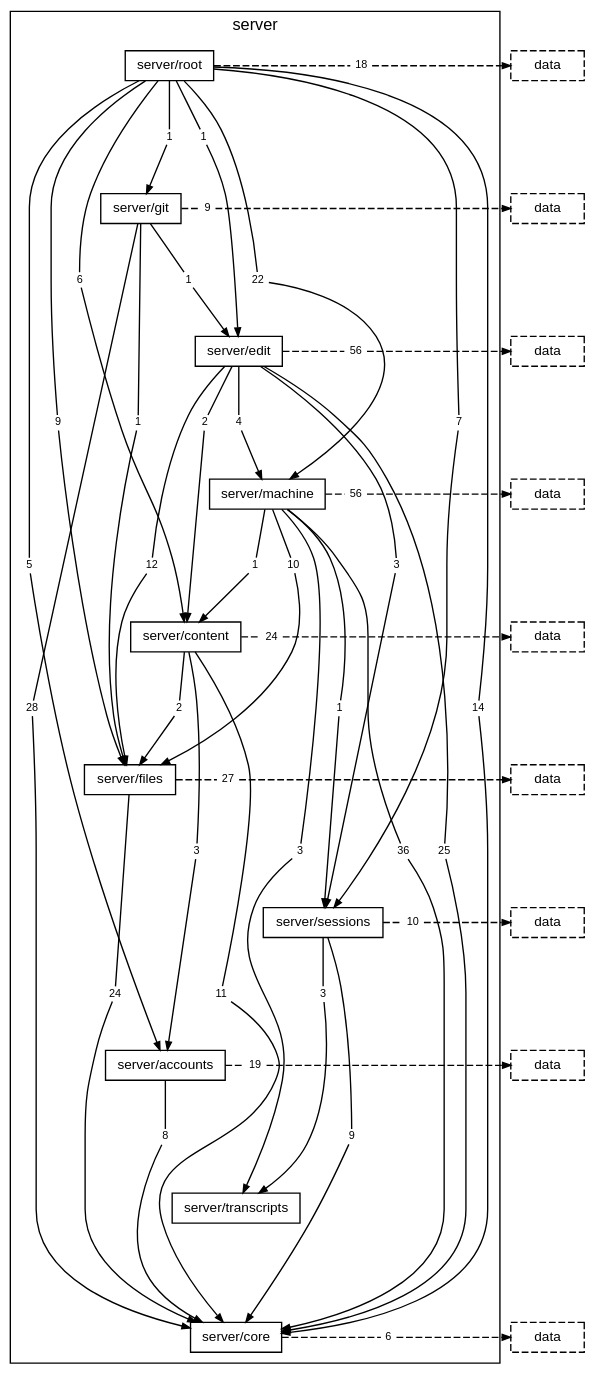
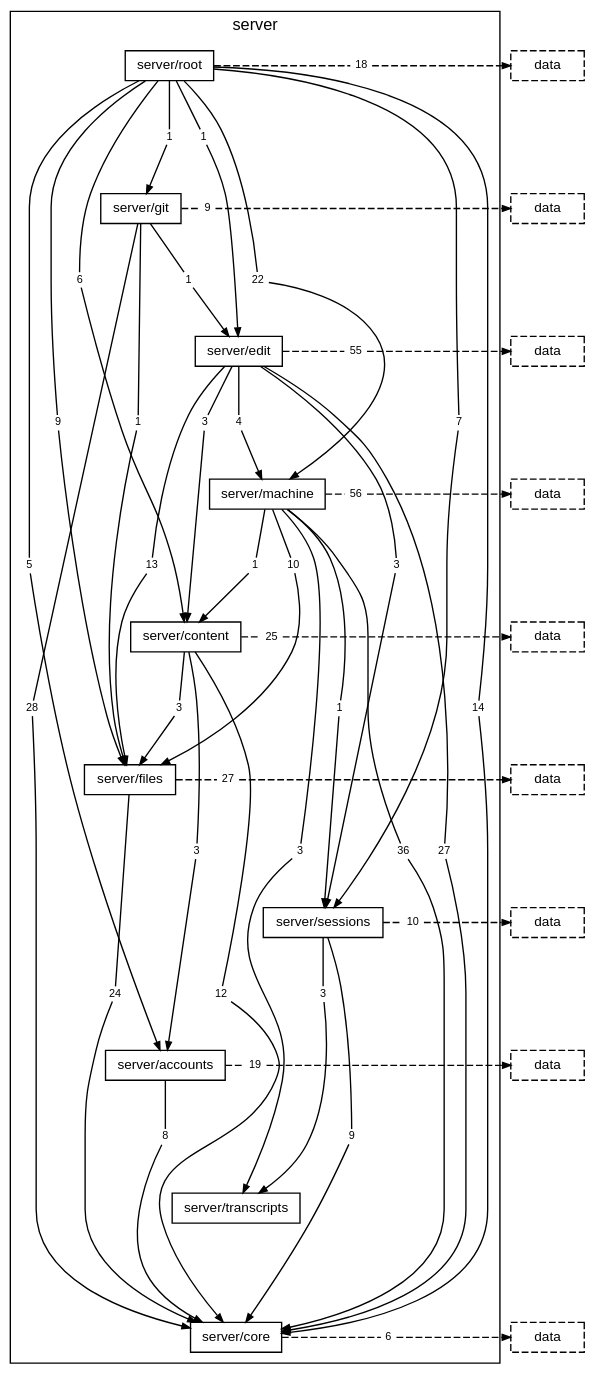
Before and after one commit to TheAxeC/oculus: the diagram in docs/diagrams/layer-server.dot, drawn with Graphviz. The commit also changed 149 other files, not shown here.

```diff
--- a/docs/diagrams/layer-server.dot
+++ b/docs/diagrams/layer-server.dot
@@ -27,12 +27,12 @@
         "folder server/git to folder server/edit" [label="1", shape=box, color="transparent", fontsize=8, width=0, height=0, margin="0.04,0.02"];
         "folder server/git to folder server/files" [label="1", shape=box, color="transparent", fontsize=8, width=0, height=0, margin="0.04,0.02"];
         "folder server/git to layer data" [label="9", shape=box, color="transparent", fontsize=8, width=0, height=0, margin="0.04,0.02"];
-        "folder server/edit to folder server/content" [label="2", shape=box, color="transparent", fontsize=8, width=0, height=0, margin="0.04,0.02"];
-        "folder server/edit to folder server/core" [label="25", shape=box, color="transparent", fontsize=8, width=0, height=0, margin="0.04,0.02"];
-        "folder server/edit to folder server/files" [label="12", shape=box, color="transparent", fontsize=8, width=0, height=0, margin="0.04,0.02"];
+        "folder server/edit to folder server/content" [label="3", shape=box, color="transparent", fontsize=8, width=0, height=0, margin="0.04,0.02"];
+        "folder server/edit to folder server/core" [label="27", shape=box, color="transparent", fontsize=8, width=0, height=0, margin="0.04,0.02"];
+        "folder server/edit to folder server/files" [label="13", shape=box, color="transparent", fontsize=8, width=0, height=0, margin="0.04,0.02"];
         "folder server/edit to folder server/machine" [label="4", shape=box, color="transparent", fontsize=8, width=0, height=0, margin="0.04,0.02"];
         "folder server/edit to folder server/sessions" [label="3", shape=box, color="transparent", fontsize=8, width=0, height=0, margin="0.04,0.02"];
-        "folder server/edit to layer data" [label="56", shape=box, color="transparent", fontsize=8, width=0, height=0, margin="0.04,0.02"];
+        "folder server/edit to layer data" [label="55", shape=box, color="transparent", fontsize=8, width=0, height=0, margin="0.04,0.02"];
         "folder server/machine to folder server/content" [label="1", shape=box, color="transparent", fontsize=8, width=0, height=0, margin="0.04,0.02"];
         "folder server/machine to folder server/core" [label="36", shape=box, color="transparent", fontsize=8, width=0, height=0, margin="0.04,0.02"];
         "folder server/machine to folder server/files" [label="10", shape=box, color="transparent", fontsize=8, width=0, height=0, margin="0.04,0.02"];
@@ -40,9 +40,9 @@
         "folder server/machine to folder server/transcripts" [label="3", shape=box, color="transparent", fontsize=8, width=0, height=0, margin="0.04,0.02"];
         "folder server/machine to layer data" [label="56", shape=box, color="transparent", fontsize=8, width=0, height=0, margin="0.04,0.02"];
         "folder server/content to folder server/accounts" [label="3", shape=box, color="transparent", fontsize=8, width=0, height=0, margin="0.04,0.02"];
-        "folder server/content to folder server/core" [label="11", shape=box, color="transparent", fontsize=8, width=0, height=0, margin="0.04,0.02"];
-        "folder server/content to folder server/files" [label="2", shape=box, color="transparent", fontsize=8, width=0, height=0, margin="0.04,0.02"];
-        "folder server/content to layer data" [label="24", shape=box, color="transparent", fontsize=8, width=0, height=0, margin="0.04,0.02"];
+        "folder server/content to folder server/core" [label="12", shape=box, color="transparent", fontsize=8, width=0, height=0, margin="0.04,0.02"];
+        "folder server/content to folder server/files" [label="3", shape=box, color="transparent", fontsize=8, width=0, height=0, margin="0.04,0.02"];
+        "folder server/content to layer data" [label="25", shape=box, color="transparent", fontsize=8, width=0, height=0, margin="0.04,0.02"];
         "folder server/files to folder server/core" [label="24", shape=box, color="transparent", fontsize=8, width=0, height=0, margin="0.04,0.02"];
         "folder server/files to layer data" [label="27", shape=box, color="transparent", fontsize=8, width=0, height=0, margin="0.04,0.02"];
         "folder server/sessions to folder server/core" [label="9", shape=box, color="transparent", fontsize=8, width=0, height=0, margin="0.04,0.02"];
```
